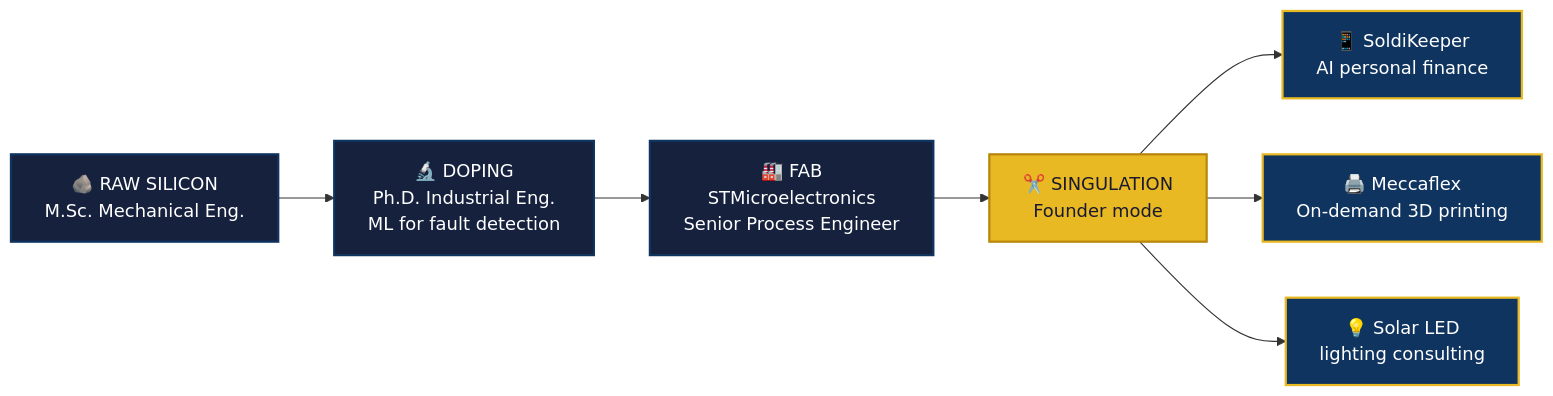
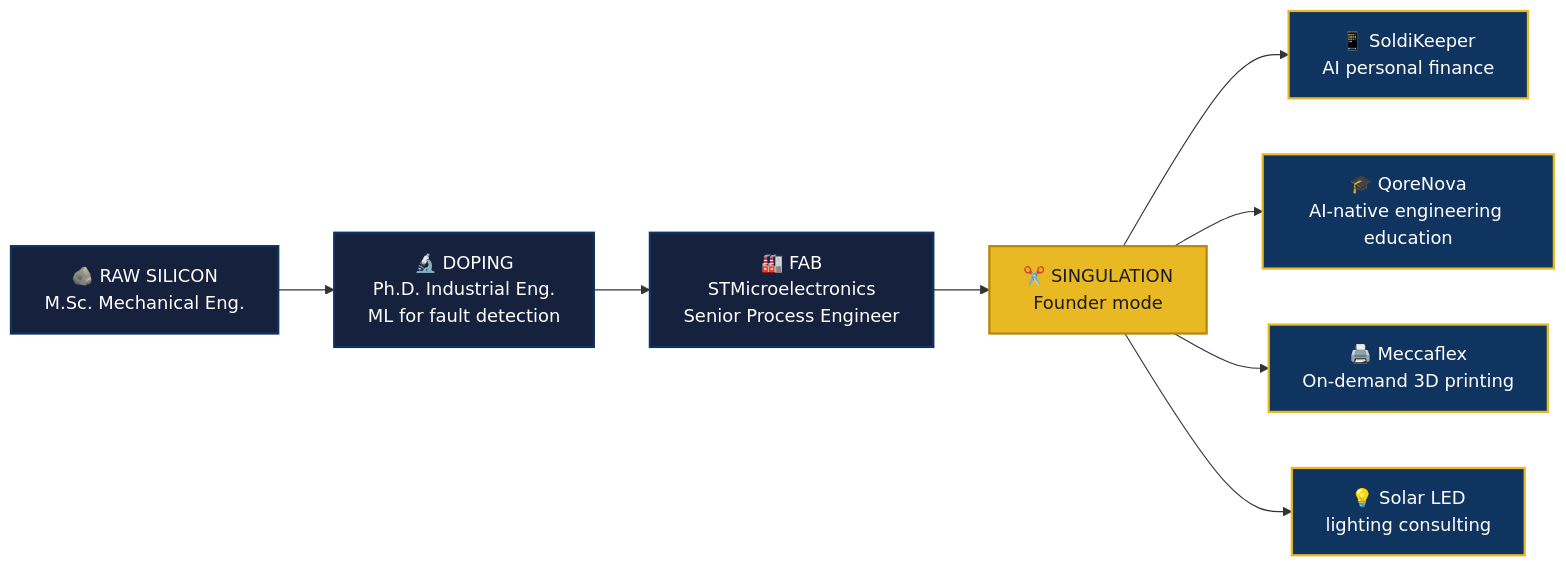
One commit to Moise-Ugwiri/moise-ugwiri changed the diagram in README.md. Above: the diagram before and after it, drawn with Mermaid. The commit also changed other lines of this file, not shown here.

````diff
--- a/README.md
+++ b/README.md
@@ -30,13 +33,14 @@
 ```mermaid
 flowchart LR
     A["🪨 RAW SILICON<br/>M.Sc. Mechanical Eng."]:::step --> B["🔬 DOPING<br/>Ph.D. Industrial Eng.<br/>ML for fault detection"]:::step
     B --> C["🏭 FAB<br/>STMicroelectronics<br/>Senior Process Engineer"]:::step
     C --> D["✂️ SINGULATION<br/>Founder mode"]:::gold
     D --> E["📱 SoldiKeeper<br/>AI personal finance"]:::chip
-    D --> F["🖨️ Meccaflex<br/>On-demand 3D printing"]:::chip
-    D --> G["💡 Solar LED<br/>lighting consulting"]:::chip
+    D --> F["🎓 QoreNova<br/>AI-native engineering education"]:::chip
+    D --> G["🖨️ Meccaflex<br/>On-demand 3D printing"]:::chip
+    D --> H["💡 Solar LED<br/>lighting consulting"]:::chip
 
     classDef step fill:#16213e,stroke:#0f3460,color:#ffffff,stroke-width:2px
     classDef gold fill:#e8b923,stroke:#b8860b,color:#1a1a2e,stroke-width:2px
     classDef chip fill:#0f3460,stroke:#e8b923,color:#ffffff,stroke-width:2px
 ```
````
